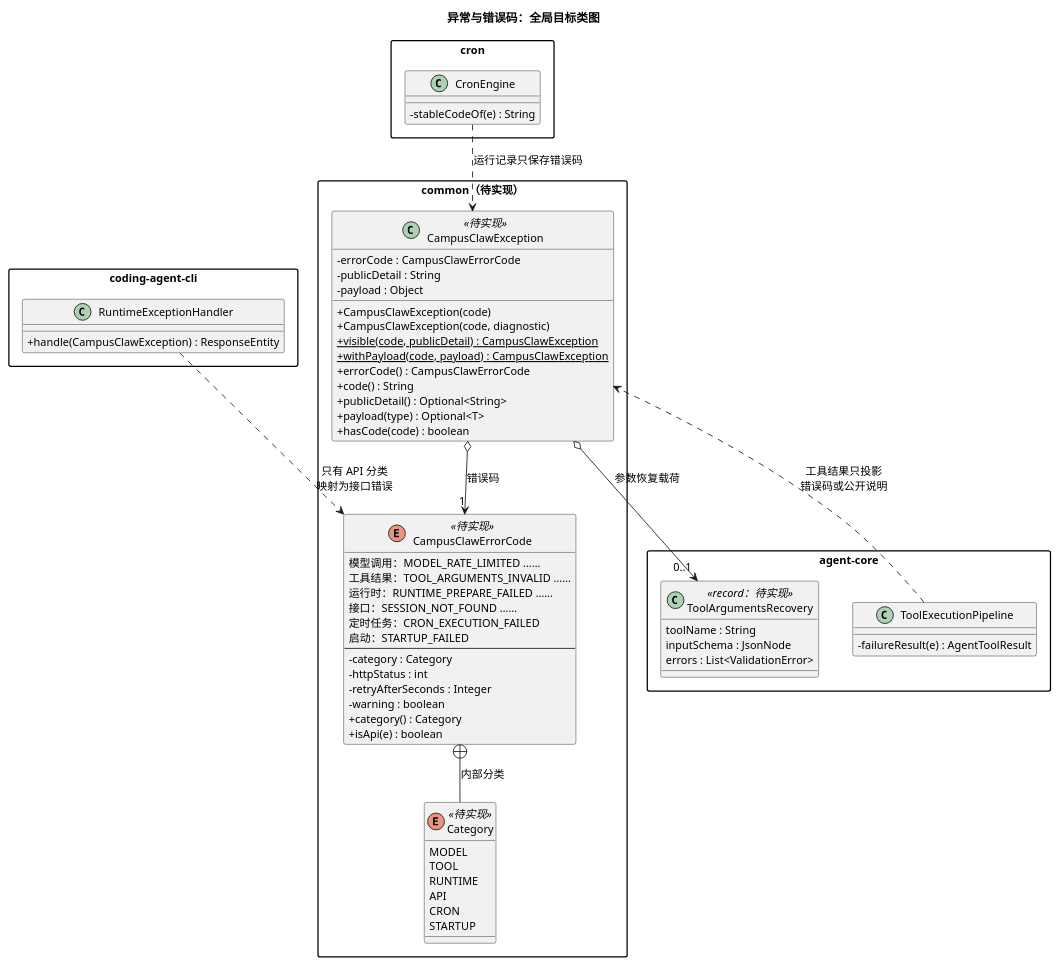
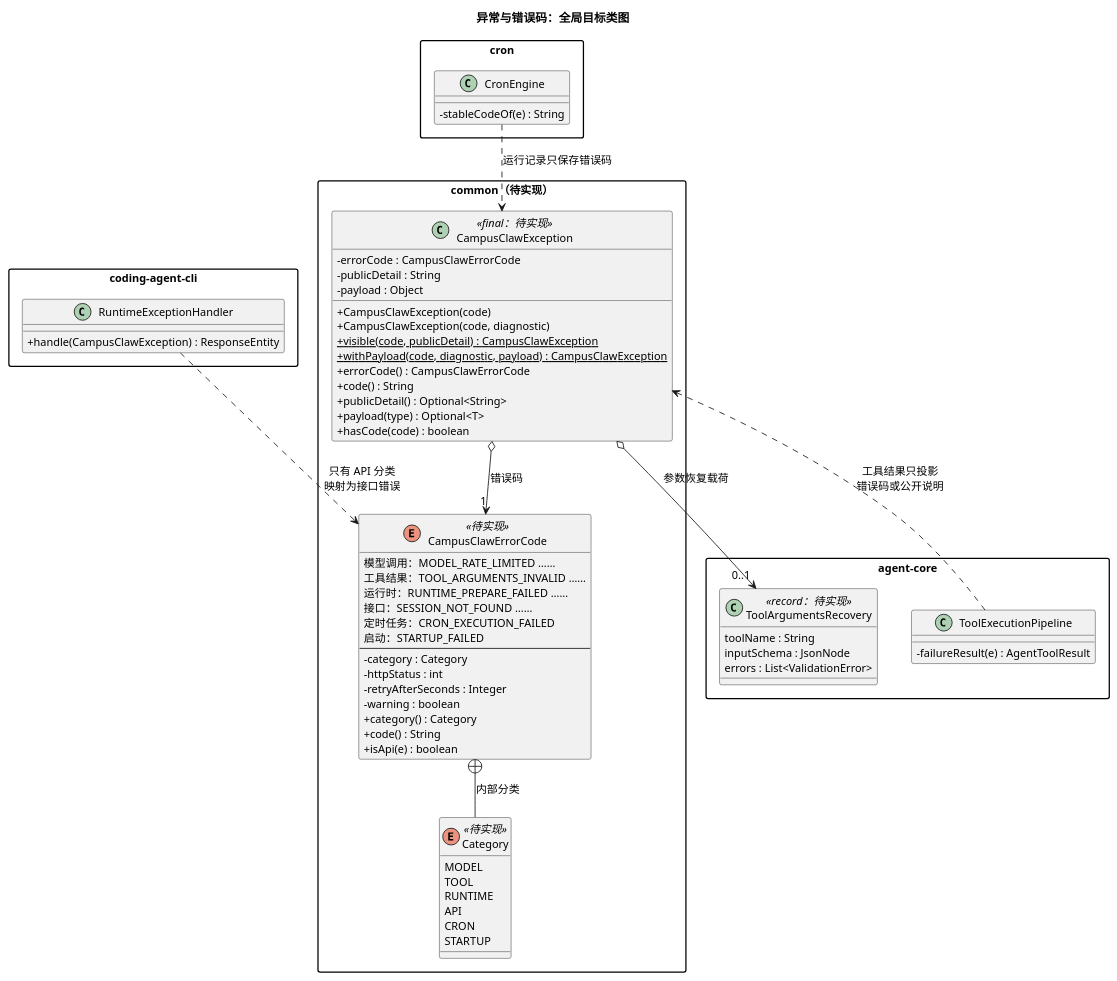
Before and after one commit to ssm0808/pi-mono-java-design: the second of 2 diagrams in 01-总体架构/09-CampusClaw异常与错误码/diagram.puml, drawn with PlantUML. The commit also changed 3 other files, not shown here.

```diff
--- a/01-总体架构/09-CampusClaw异常与错误码/diagram.puml
+++ b/01-总体架构/09-CampusClaw异常与错误码/diagram.puml
@@ -30,84 +30,85 @@
 @startuml exception_architecture
 ' Java 基线：455445a4db136a58381f866e073a82d1f16ff1f1；2026-10-15 拉取 main。
 ' 源码：modules/agent-core/src/main/java/com/campusclaw/agent/error/StableErrorCode.java（待删除）。
 ' 源码：modules/coding-agent-cli/src/main/java/com/campusclaw/codingagent/runtimeapi/error/RuntimeApiException.java（待删除）。
 ' 目标：待实现；一个只带错误码的异常类（无 cause、无堆栈、无子类）、一个错误码枚举和三个投影入口。
 ' 依赖方向：common <- ai <- agent-core <- cron <- coding-agent-cli，异常类和错误码枚举都放在 common。
 title 异常与错误码：全局目标类图
 skinparam backgroundColor white
 skinparam defaultFontSize 13
 skinparam classAttributeIconSize 0
 skinparam packageStyle rectangle
 skinparam nodesep 40
 skinparam ranksep 50
 
 package "common（待实现）" as CommonPkg {
-  class CampusClawException <<待实现>> {
+  class CampusClawException <<final：待实现>> {
     - errorCode : CampusClawErrorCode
     - publicDetail : String
     - payload : Object
     + CampusClawException(code)
     + CampusClawException(code, diagnostic)
     + {static} visible(code, publicDetail) : CampusClawException
-    + {static} withPayload(code, payload) : CampusClawException
+    + {static} withPayload(code, diagnostic, payload) : CampusClawException
     + errorCode() : CampusClawErrorCode
     + code() : String
     + publicDetail() : Optional<String>
     + payload(type) : Optional<T>
     + hasCode(code) : boolean
   }
   enum CampusClawErrorCode <<待实现>> {
     模型调用：MODEL_RATE_LIMITED ……
     工具结果：TOOL_ARGUMENTS_INVALID ……
     运行时：RUNTIME_PREPARE_FAILED ……
     接口：SESSION_NOT_FOUND ……
     定时任务：CRON_EXECUTION_FAILED
     启动：STARTUP_FAILED
     --
     - category : Category
     - httpStatus : int
     - retryAfterSeconds : Integer
     - warning : boolean
     + category() : Category
+    + code() : String
     + isApi(e) : boolean
   }
   enum Category <<待实现>> {
     MODEL
     TOOL
     RUNTIME
     API
     CRON
     STARTUP
   }
 }
 
 package "agent-core" as CorePkg {
   class ToolArgumentsRecovery <<record：待实现>> {
     toolName : String
     inputSchema : JsonNode
     errors : List<ValidationError>
   }
   class ToolExecutionPipeline {
     - failureResult(e) : AgentToolResult
   }
 }
 
 package "cron" as CronPkg {
   class CronEngine {
     - stableCodeOf(e) : String
   }
 }
 
 package "coding-agent-cli" as CliPkg {
   class RuntimeExceptionHandler {
     + handle(CampusClawException) : ResponseEntity
   }
 }
 
 CampusClawException o--> "1" CampusClawErrorCode : 错误码
 CampusClawErrorCode +-- Category : 内部分类
 CampusClawException o--> "0..1" ToolArgumentsRecovery : 参数恢复载荷
 ToolExecutionPipeline ..> CampusClawException : 工具结果只投影\n错误码或公开说明
 CronEngine ..> CampusClawException : 运行记录只保存错误码
 RuntimeExceptionHandler ..> CampusClawErrorCode : 只有 API 分类\n映射为接口错误
 @enduml
```
